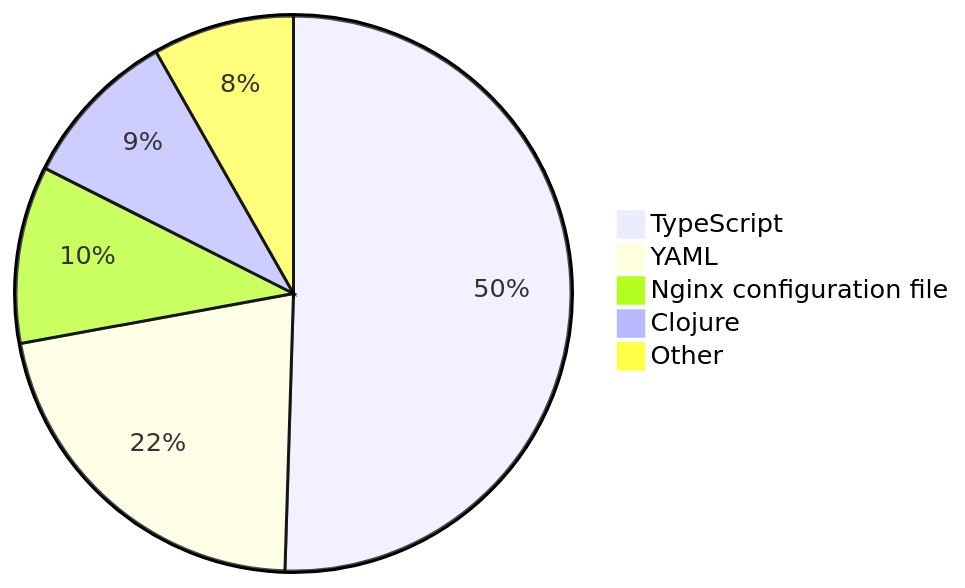
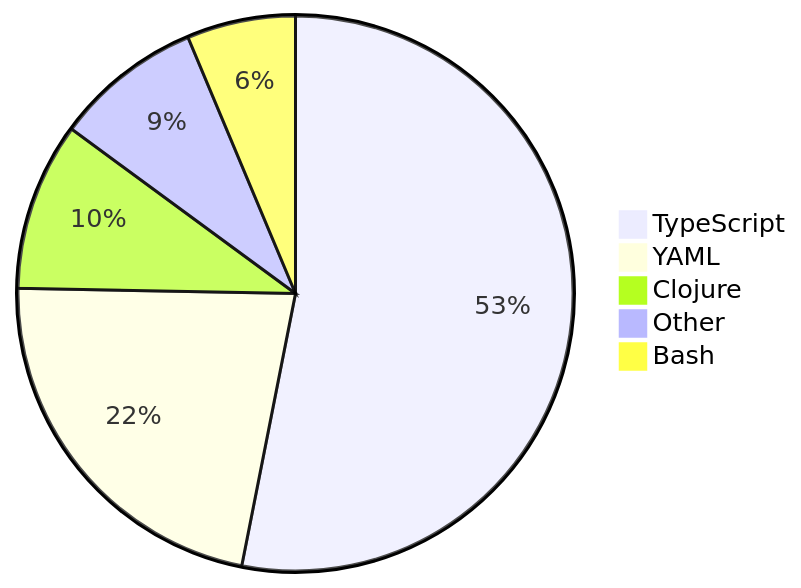
One commit to skvggor/skvggor changed the diagram in README.md. Above: the diagram before and after it, drawn with Mermaid.

Commit message:
Updated waka-readme graph with new metrics

````diff
--- a/README.md
+++ b/README.md
@@ -28,8 +28,8 @@
 ```mermaid
 pie
-    "TypeScript" : 41.1
-    "YAML" : 17.6
-    "Nginx configuration file" : 8.4
-    "Clojure" : 7.6
-    "Other" : 6.7
+    "TypeScript" : 44.5
+    "YAML" : 18.6
+    "Clojure" : 8.2
+    "Other" : 7.2
+    "Bash" : 5.3
 ```
````
